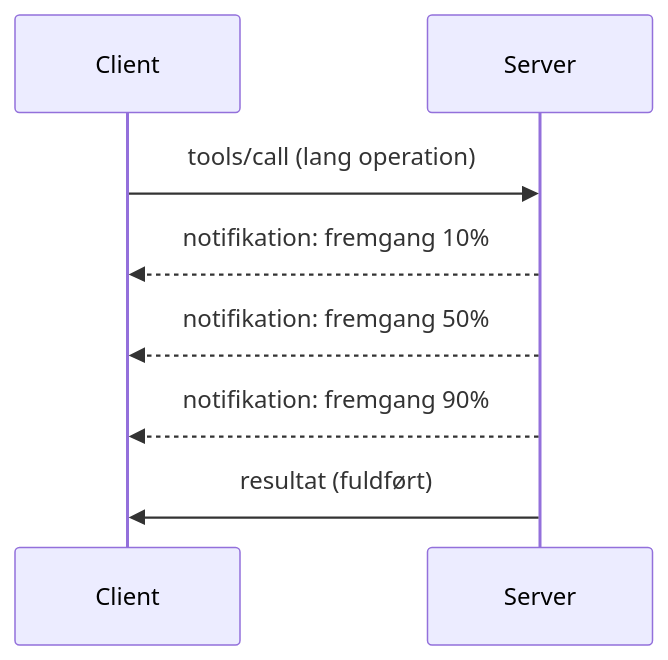
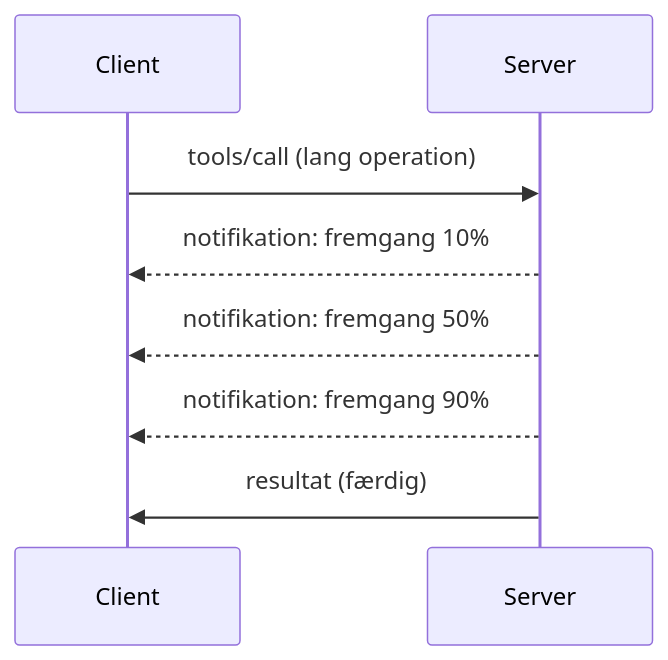
The diagram in mcp_ecosystem__model_context_protocol/mcp_learning_resources/mcp-for-beginners/translations/da/05-AdvancedTopics/mcp-protocol-features/README.md (HIDORAKAI002/ai-workspace-archive), drawn with Mermaid before and after one commit. The commit also changed other lines of this file and 1046 other files, not shown here.

````diff
--- a/mcp_ecosystem__model_context_protocol/mcp_learning_resources/mcp-for-beginners/translations/da/05-AdvancedTopics/mcp-protocol-features/README.md
+++ b/mcp_ecosystem__model_context_protocol/mcp_learning_resources/mcp-for-beginners/translations/da/05-AdvancedTopics/mcp-protocol-features/README.md
@@ -22,11 +24,11 @@
 ```mermaid
 sequenceDiagram
     participant Client
     participant Server
     
     Client->>Server: tools/call (lang operation)
     Server-->>Client: notifikation: fremgang 10%
     Server-->>Client: notifikation: fremgang 50%
     Server-->>Client: notifikation: fremgang 90%
-    Server->>Client: resultat (fuldført)
-```  
+    Server->>Client: resultat (færdig)
+```
````
